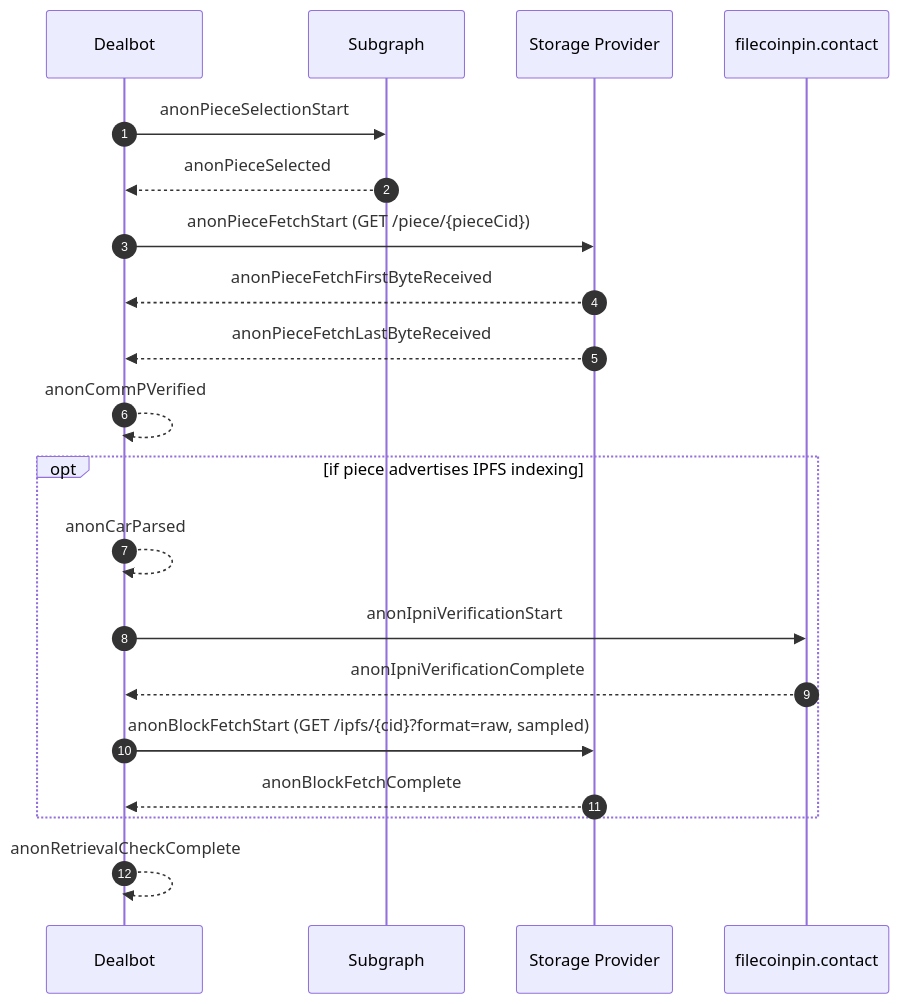
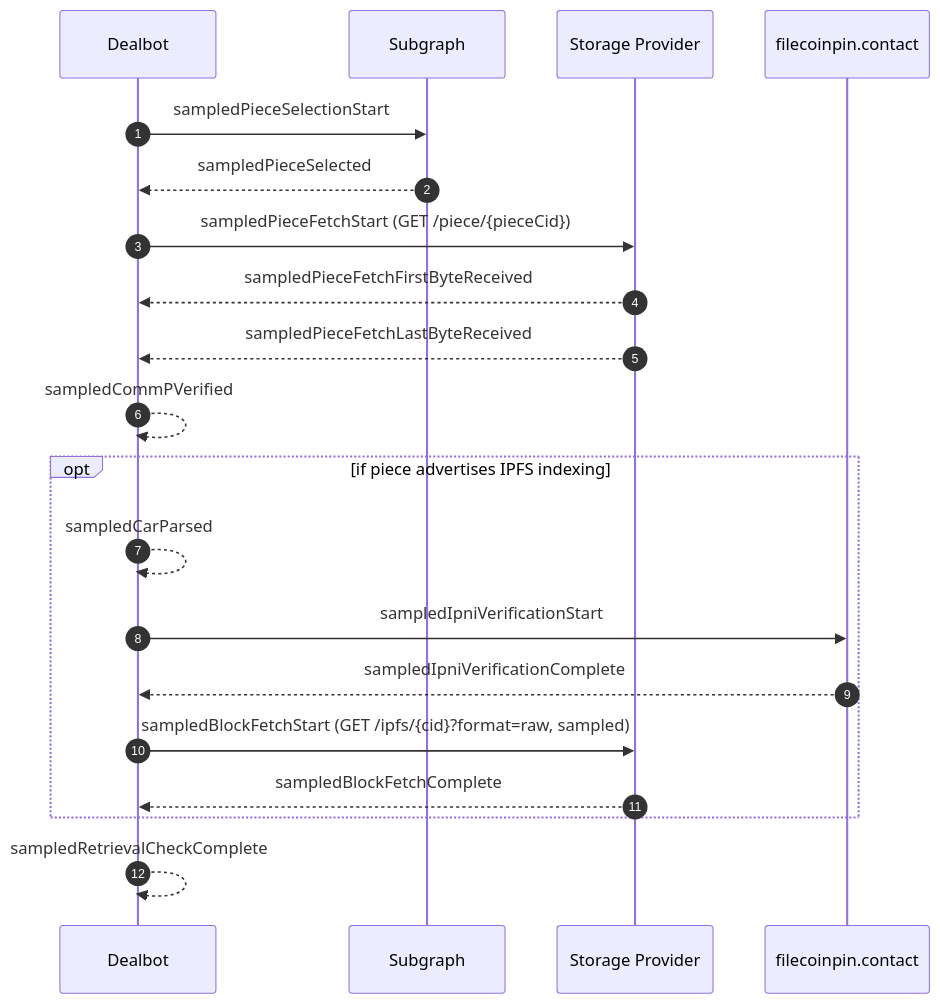
The third of 3 diagrams in docs/checks/events-and-metrics.md (FilOzone/dealbot), drawn with Mermaid before and after one commit. The commit also changed other lines of this file and 32 other files, not shown here.

First line of the commit message:
refactor: rename anon-retrieval to sampled-retrieval (#612)

````diff
--- a/docs/checks/events-and-metrics.md
+++ b/docs/checks/events-and-metrics.md
@@ -103,25 +103,25 @@
 ```mermaid
 sequenceDiagram
   autonumber
   participant Dealbot
   participant Subgraph as Subgraph
   participant SP as Storage Provider
   participant IPNI as filecoinpin.contact
 
-  Dealbot->>Subgraph: anonPieceSelectionStart
-  Subgraph-->>Dealbot: anonPieceSelected
-  Dealbot->>SP: anonPieceFetchStart (GET /piece/{pieceCid})
-  SP-->>Dealbot: anonPieceFetchFirstByteReceived
-  SP-->>Dealbot: anonPieceFetchLastByteReceived
-  Dealbot-->>Dealbot: anonCommPVerified
+  Dealbot->>Subgraph: sampledPieceSelectionStart
+  Subgraph-->>Dealbot: sampledPieceSelected
+  Dealbot->>SP: sampledPieceFetchStart (GET /piece/{pieceCid})
+  SP-->>Dealbot: sampledPieceFetchFirstByteReceived
+  SP-->>Dealbot: sampledPieceFetchLastByteReceived
+  Dealbot-->>Dealbot: sampledCommPVerified
 
   opt if piece advertises IPFS indexing
-    Dealbot-->>Dealbot: anonCarParsed
-    Dealbot->>IPNI: anonIpniVerificationStart
-    IPNI-->>Dealbot: anonIpniVerificationComplete
-    Dealbot->>SP: anonBlockFetchStart (GET /ipfs/{cid}?format=raw, sampled)
-    SP-->>Dealbot: anonBlockFetchComplete
+    Dealbot-->>Dealbot: sampledCarParsed
+    Dealbot->>IPNI: sampledIpniVerificationStart
+    IPNI-->>Dealbot: sampledIpniVerificationComplete
+    Dealbot->>SP: sampledBlockFetchStart (GET /ipfs/{cid}?format=raw, sampled)
+    SP-->>Dealbot: sampledBlockFetchComplete
   end
 
-  Dealbot-->>Dealbot: anonRetrievalCheckComplete
+  Dealbot-->>Dealbot: sampledRetrievalCheckComplete
 ```
````
